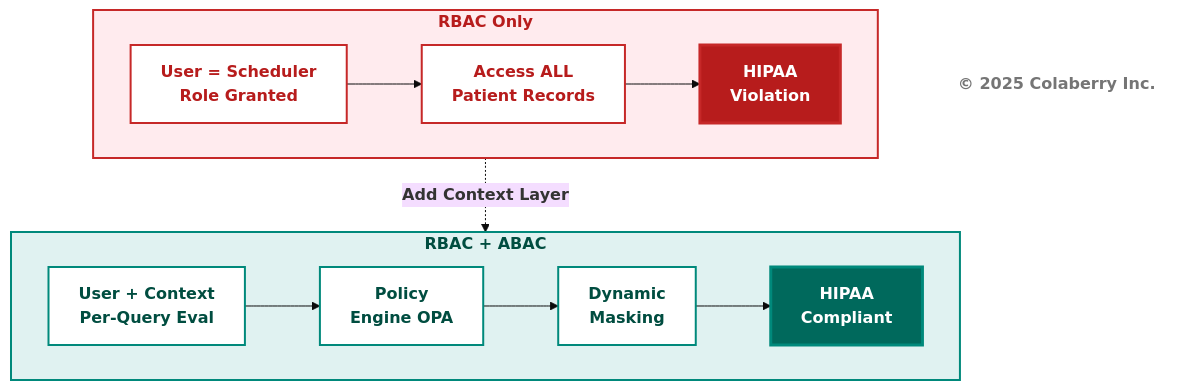
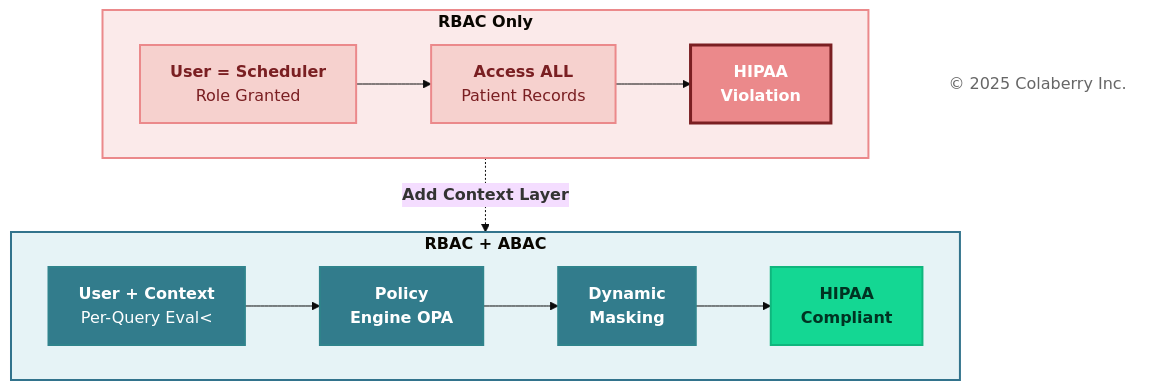
One commit to saitejesh-cyber/trust-before-intelligence-book changed the ninth of 12 diagrams in manuscript/03_chapter_2_inpact_framework.md. Above: the diagram before and after it, drawn with Mermaid (base theme). The commit also changed other lines of this file, not shown here.

Commit message:
Update mermaid diagrams as per new coloberry color and contrast ratio for chapter 3

````diff
--- a/manuscript/03_chapter_2_inpact_framework.md
+++ b/manuscript/03_chapter_2_inpact_framework.md
@@ -629,33 +630,39 @@
 ```mermaid
 graph TB
     subgraph ERA1["<b>RBAC Only</b>"]
         direction LR
-        A1["<b>User = Scheduler<br/>Role Granted</b>"] --> B1["<b>Access ALL<br/>Patient Records</b>"]
-        B1 --> D1["<b>HIPAA<br/>Violation</b>"]
+        A1["<b>User = Scheduler</b><br/>Role Granted"]
+        B1["<b>Access ALL</b><br/>Patient Records"]
+        D1["<b>HIPAA<br/>Violation</b>"]
         
-        style D1 fill:#b71c1c,color:#ffffff,stroke:#c62828,stroke-width:3px
+        A1 --> B1 --> D1
     end
     
     ERA1 -.->|<b>Add Context Layer</b>| ERA2
     
     subgraph ERA2["<b>RBAC + ABAC</b>"]
         direction LR
-        A2["<b>User + Context<br/>Per-Query Eval</b>"] --> B2["<b>Policy<br/>Engine OPA</b>"]
-        B2 --> C2["<b>Dynamic<br/>Masking</b>"]
-        C2 --> D2["<b>HIPAA<br/>Compliant</b>"]
+        A2["<b>User + Context</b><br/>Per-Query Eval<"]
+        B2["<b>Policy<br/>Engine OPA"</br>]
+        C2["<b>Dynamic<br/>Masking"]
+        D2["<b>HIPAA<br/>Compliant</b>"]
         
-        style D2 fill:#00695c,color:#ffffff,stroke:#00897b,stroke-width:3px
+        A2 --> B2 --> C2 --> D2
     end
-    
-    style ERA1 fill:#ffebee,stroke:#c62828,stroke-width:2px,color:#b71c1c
-    style A1 fill:#ffffff,stroke:#c62828,stroke-width:2px,color:#b71c1c
-    style B1 fill:#ffffff,stroke:#c62828,stroke-width:2px,color:#b71c1c
-    
-    style ERA2 fill:#e0f2f1,stroke:#00897b,stroke-width:2px,color:#004d40
-    style A2 fill:#ffffff,stroke:#00897b,stroke-width:2px,color:#004d40
-    style B2 fill:#ffffff,stroke:#00897b,stroke-width:2px,color:#004d40
-    style C2 fill:#ffffff,stroke:#00897b,stroke-width:2px,color:#004d40
-    
-    Copyright["<b>© 2025 Colaberry Inc.</b>"]
-    style Copyright fill:#ffffff,stroke:none,color:#757575
+
+
+    style ERA1 fill:#FBEAEA,stroke:#EB898B,stroke-width:2px
+    style A1 fill:#F6D1CE,stroke:#EB898B,stroke-width:2px,color:#7A1F22
+    style B1 fill:#F6D1CE,stroke:#EB898B,stroke-width:2px,color:#7A1F22
+    style D1 fill:#EB898B,stroke:#7A1F22,stroke-width:3px,color:#ffffff
+
+    style ERA2 fill:#E6F3F6,stroke:#32738C,stroke-width:2px
+    style A2 fill:#327C8C,stroke:#30838C,stroke-width:2px,color:#ffffff
+    style B2 fill:#327C8C,stroke:#30838C,stroke-width:2px,color:#ffffff
+    style C2 fill:#327C8C,stroke:#30838C,stroke-width:2px,color:#ffffff
+
+    style D2 fill:#14D793,stroke:#0FB67D,stroke-width:2px,color:#003322
+
+    Copyright["© 2025 Colaberry Inc."]
+    style Copyright fill:#ffffff,stroke:none,color:#666666
 ```
````
